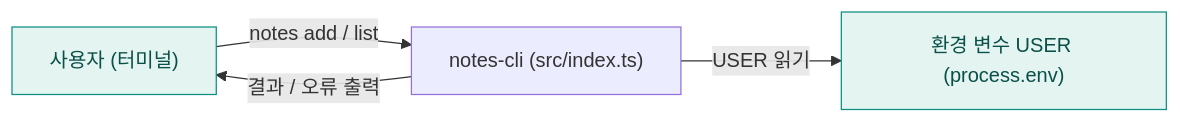
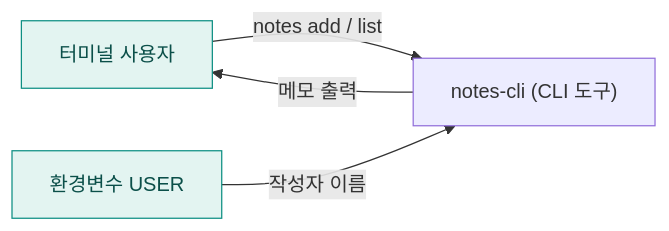
Before and after one commit to hxxnn/codemap: the first of 3 diagrams in examples/ts-notes-cli/docs/codemap/architecture.md, drawn with Mermaid. The commit also changed other lines of this file and 45 other files, not shown here.

````diff
--- a/examples/ts-notes-cli/docs/codemap/architecture.md
+++ b/examples/ts-notes-cli/docs/codemap/architecture.md
@@ -16,10 +16,10 @@
 ```mermaid
 flowchart LR
-  user["사용자 (터미널)"]:::external
-  cli["notes-cli (src/index.ts)"]
-  env["환경 변수 USER (process.env)"]:::external
-  user -->|"notes add / list"| cli
-  cli -->|"결과 / 오류 출력"| user
-  cli -->|"USER 읽기"| env
+  user["터미널 사용자"]:::external
+  env["환경변수 USER"]:::external
+  sys["notes-cli (CLI 도구)"]
+  user -->|"notes add / list"| sys
+  env -->|"작성자 이름"| sys
+  sys -->|"메모 출력"| user
   classDef external fill:#E3F4F1,stroke:#0E8F83,color:#0B4F49
 ```
````
